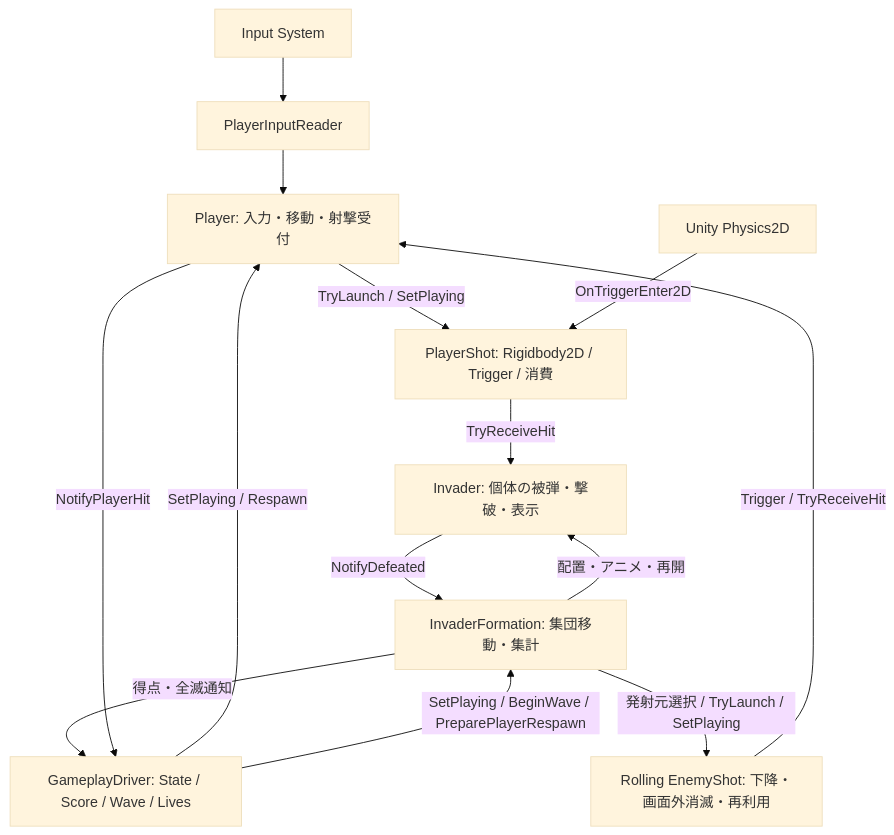
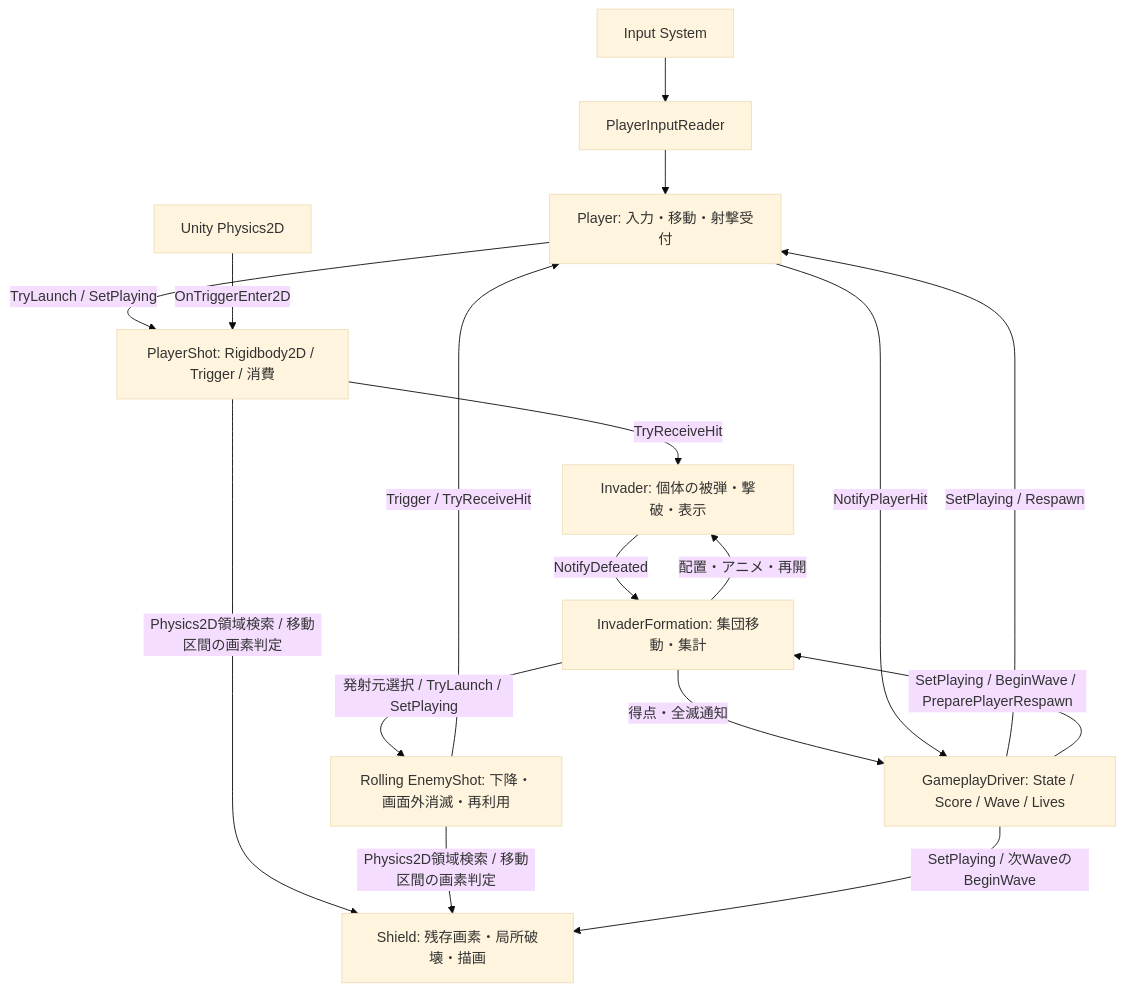
The diagram in docs/ARCHITECTURE.md (urahimono/Unity_Invader), drawn with Mermaid (base theme) before and after one commit. The commit also changed other lines of this file and 15 other files, not shown here.

````diff
--- a/docs/ARCHITECTURE.md
+++ b/docs/ARCHITECTURE.md
@@ -21,16 +21,19 @@
 ```mermaid
 flowchart TD
     Input[Input System] --> Reader[PlayerInputReader]
     Reader --> Player[Player: 入力・移動・射撃受付]
     Driver[GameplayDriver: State / Score / Wave / Lives] -->|SetPlaying / Respawn| Player
     Driver -->|SetPlaying / BeginWave / PreparePlayerRespawn| Formation[InvaderFormation: 集団移動・集計]
     Player -->|TryLaunch / SetPlaying| Shot[PlayerShot: Rigidbody2D / Trigger / 消費]
     Physics[Unity Physics2D] -->|OnTriggerEnter2D| Shot
     Shot -->|TryReceiveHit| Invader[Invader: 個体の被弾・撃破・表示]
     Invader -->|NotifyDefeated| Formation
     Formation -->|得点・全滅通知| Driver
     Formation -->|配置・アニメ・再開| Invader
     Formation -->|発射元選択 / TryLaunch / SetPlaying| EnemyShot[Rolling EnemyShot: 下降・画面外消滅・再利用]
     EnemyShot -->|Trigger / TryReceiveHit| Player
     Player -->|NotifyPlayerHit| Driver
+    Shot -->|Physics2D領域検索 / 移動区間の画素判定| Shield[Shield: 残存画素・局所破壊・描画]
+    EnemyShot -->|Physics2D領域検索 / 移動区間の画素判定| Shield
+    Driver -->|SetPlaying / 次WaveのBeginWave| Shield
 ```
````
